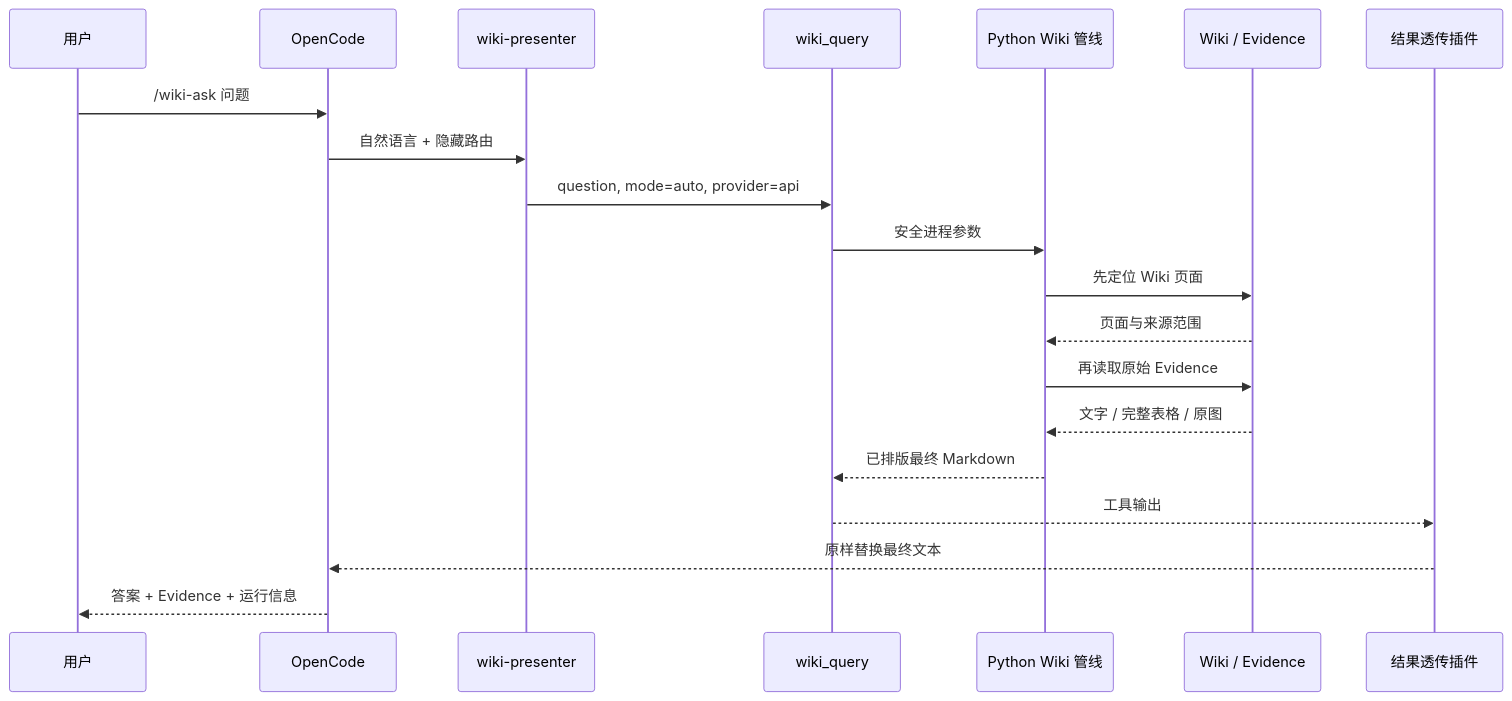
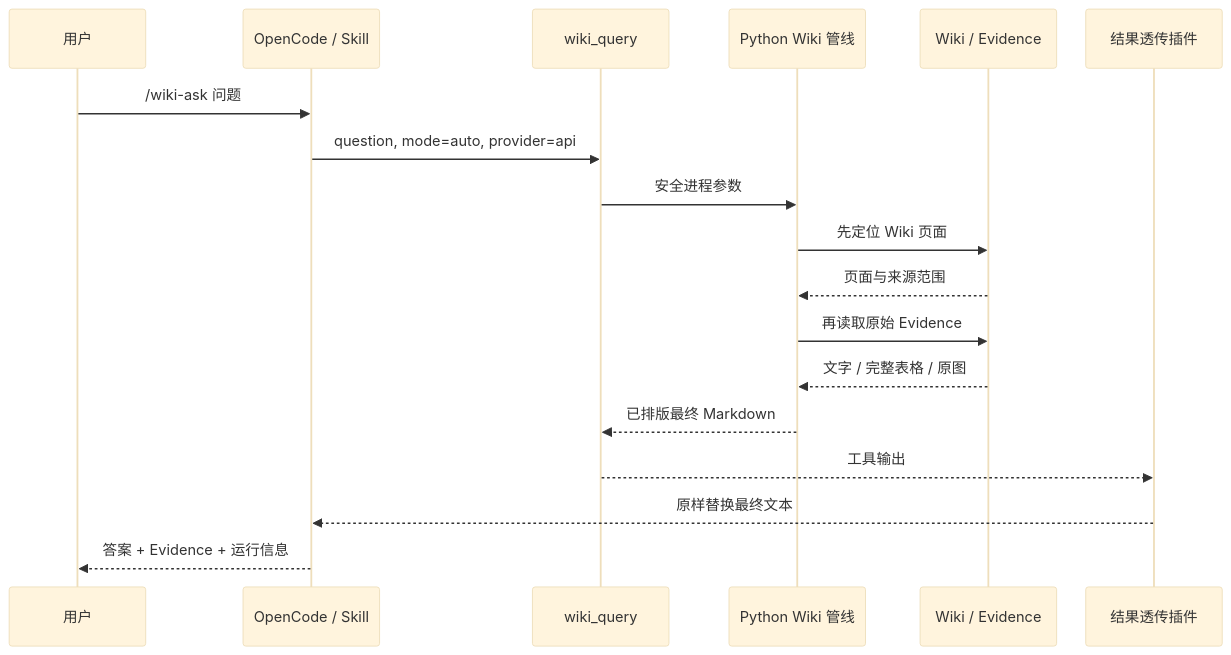
Before and after one commit to yooa722/multimodal-llm-wiki: the second of 3 diagrams in .opencode/skills/multimodal-wiki/README.md, drawn with Mermaid. The commit also changed other lines of this file, not shown here.

Commit message:
docs: fix Skill README Mermaid diagrams

````diff
--- a/.opencode/skills/multimodal-wiki/README.md
+++ b/.opencode/skills/multimodal-wiki/README.md
@@ -110,23 +96,22 @@
 ```mermaid
+%%{init: {"theme":"base","sequence":{"diagramMarginX":20,"actorMargin":32,"messageMargin":24},"themeVariables":{"fontFamily":"Inter, -apple-system, BlinkMacSystemFont, Segoe UI, sans-serif"}}}%%
 sequenceDiagram
     participant U as 用户
-    participant O as OpenCode
-    participant A as wiki-presenter
+    participant O as OpenCode / Skill
     participant T as wiki_query
     participant P as Python Wiki 管线
     participant K as Wiki / Evidence
     participant X as 结果透传插件
 
     U->>O: /wiki-ask 问题
-    O->>A: 自然语言 + 隐藏路由
-    A->>T: question, mode=auto, provider=api
+    O->>T: question, mode=auto, provider=api
     T->>P: 安全进程参数
     P->>K: 先定位 Wiki 页面
     K-->>P: 页面与来源范围
     P->>K: 再读取原始 Evidence
     K-->>P: 文字 / 完整表格 / 原图
     P-->>T: 已排版最终 Markdown
     T-->>X: 工具输出
     X-->>O: 原样替换最终文本
     O-->>U: 答案 + Evidence + 运行信息
 ```
````
